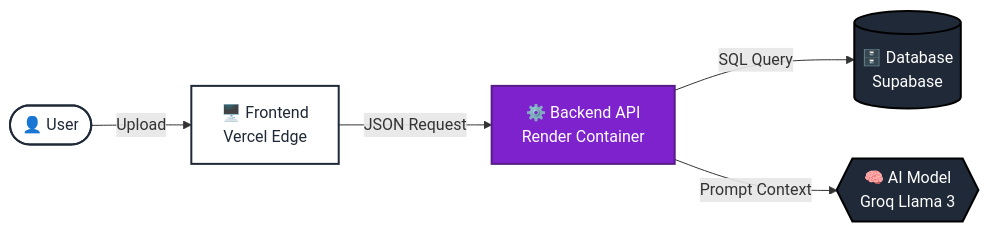
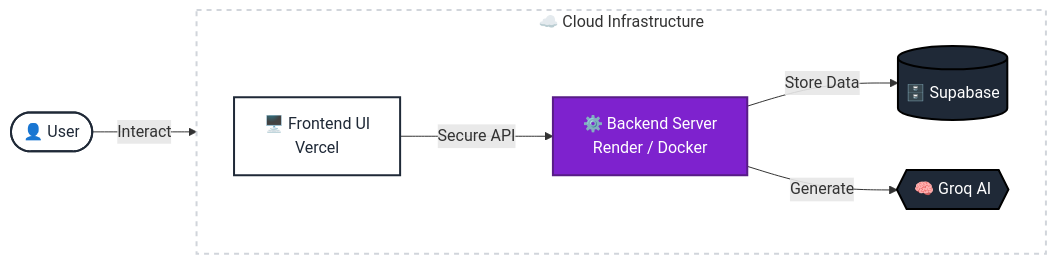
One commit to SujalAgrawal08/DocBrief changed the first of 2 diagrams in README.md. Above: the diagram before and after it, drawn with Mermaid.

````diff
--- a/README.md
+++ b/README.md
@@ -38,27 +38,26 @@
 ```mermaid
 graph LR
     %% Theme Styling
     classDef purple fill:#7e22ce,stroke:#581c87,stroke-width:2px,color:white;
     classDef white fill:#ffffff,stroke:#1f2937,stroke-width:2px,color:#1f2937;
     classDef black fill:#1f2937,stroke:#000000,stroke-width:2px,color:white;
 
     %% Nodes
-    User([👤 User]) 
-    FE[🖥️ Frontend<br/>Vercel Edge]
-    BE[⚙️ Backend API<br/>Render Container]
+    User([👤 User]) -->|Interact| FE[🖥️ Frontend UI<br/>Vercel]
     
-    %% Branching Services
-    DB[(🗄️ Database<br/>Supabase)]
-    AI{{🧠 AI Model<br/>Groq Llama 3}}
+    subgraph Cloud ["☁️ Cloud Infrastructure"]
+        direction LR
+        FE -->|Secure API| BE[⚙️ Backend Server<br/>Render / Docker]
+        
+        BE -->|Store Data| DB[(🗄️ Supabase)]
+        BE -->|Generate| GROQ{{🧠 Groq AI}}
+    end
 
-    %% Connections
-    User -->|Upload| FE
-    FE -->|JSON Request| BE
-    BE -->|SQL Query| DB
-    BE -->|Prompt Context| AI
-
-    %% Styling Applications
+    %% Styles
     class User,FE white;
     class BE purple;
-    class DB,AI black;
+    class DB,GROQ black;
+    
+    %% Clean up the subgraph look
+    style Cloud fill:transparent,stroke:#d1d5db,stroke-width:2px,stroke-dasharray: 5 5;
 ```
````
